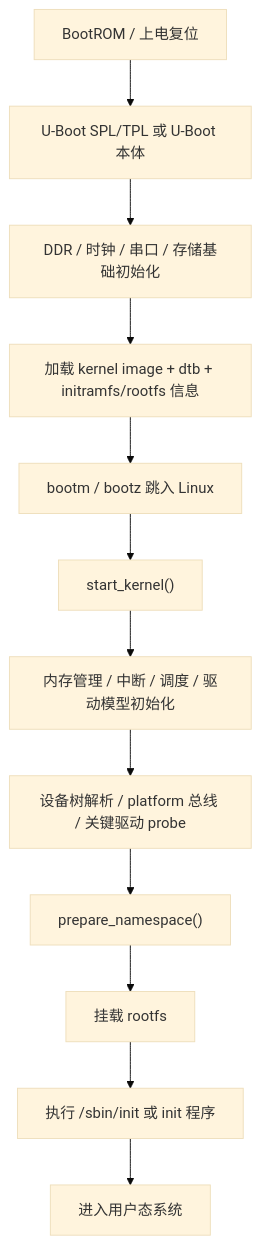
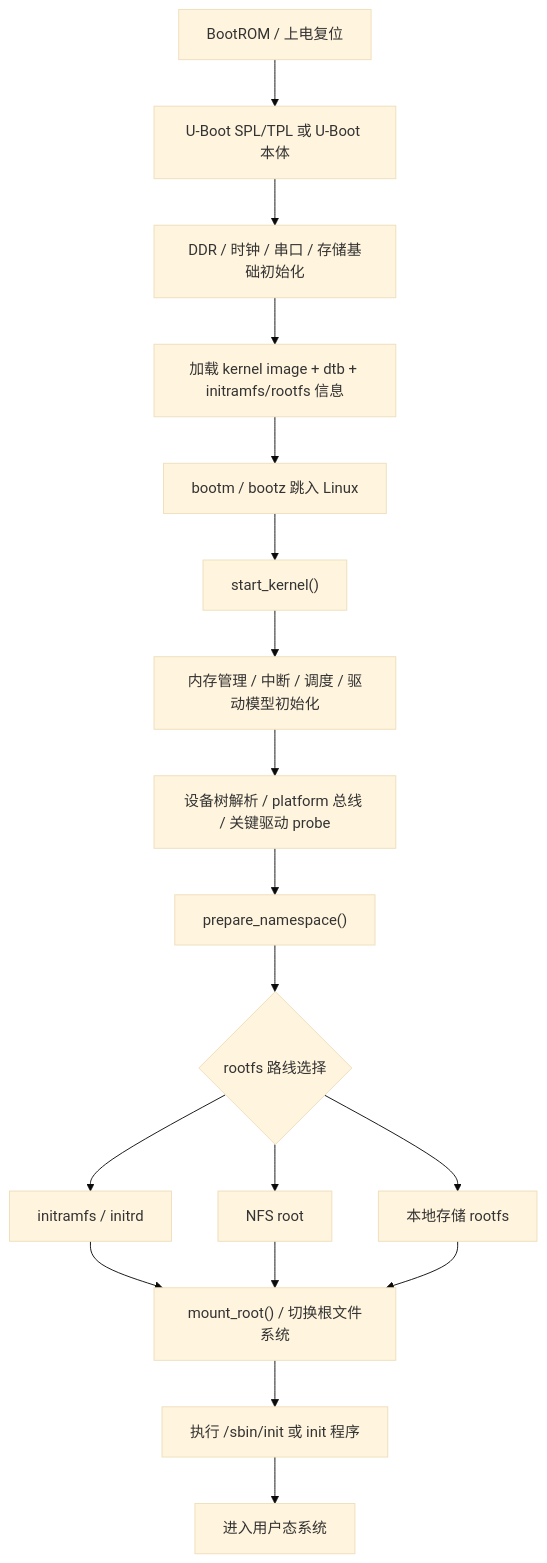
The diagram in 内核移植学习项目/00-内核移植学习项目总览.md (supergit233/Linux-Kernel-study), drawn with Mermaid (base theme) before and after one commit. The commit also changed other lines of this file and 40 other files, not shown here.

````diff
--- a/内核移植学习项目/00-内核移植学习项目总览.md
+++ b/内核移植学习项目/00-内核移植学习项目总览.md
@@ -55,14 +84,20 @@
 ```mermaid
 flowchart TD
     A["BootROM / 上电复位"] --> B["U-Boot SPL/TPL 或 U-Boot 本体"]
     B --> C["DDR / 时钟 / 串口 / 存储基础初始化"]
     C --> D["加载 kernel image + dtb + initramfs/rootfs 信息"]
     D --> E["bootm / bootz 跳入 Linux"]
     E --> F["start_kernel()"]
     F --> G["内存管理 / 中断 / 调度 / 驱动模型初始化"]
     G --> H["设备树解析 / platform 总线 / 关键驱动 probe"]
     H --> I["prepare_namespace()"]
-    I --> J["挂载 rootfs"]
-    J --> K["执行 /sbin/init 或 init 程序"]
-    K --> L["进入用户态系统"]
+    I --> J{"rootfs 路线选择"}
+    J --> J1["initramfs / initrd"]
+    J --> J2["NFS root"]
+    J --> J3["本地存储 rootfs"]
+    J1 --> K["mount_root() / 切换根文件系统"]
+    J2 --> K
+    J3 --> K
+    K --> L["执行 /sbin/init 或 init 程序"]
+    L --> M["进入用户态系统"]
 ```
````
